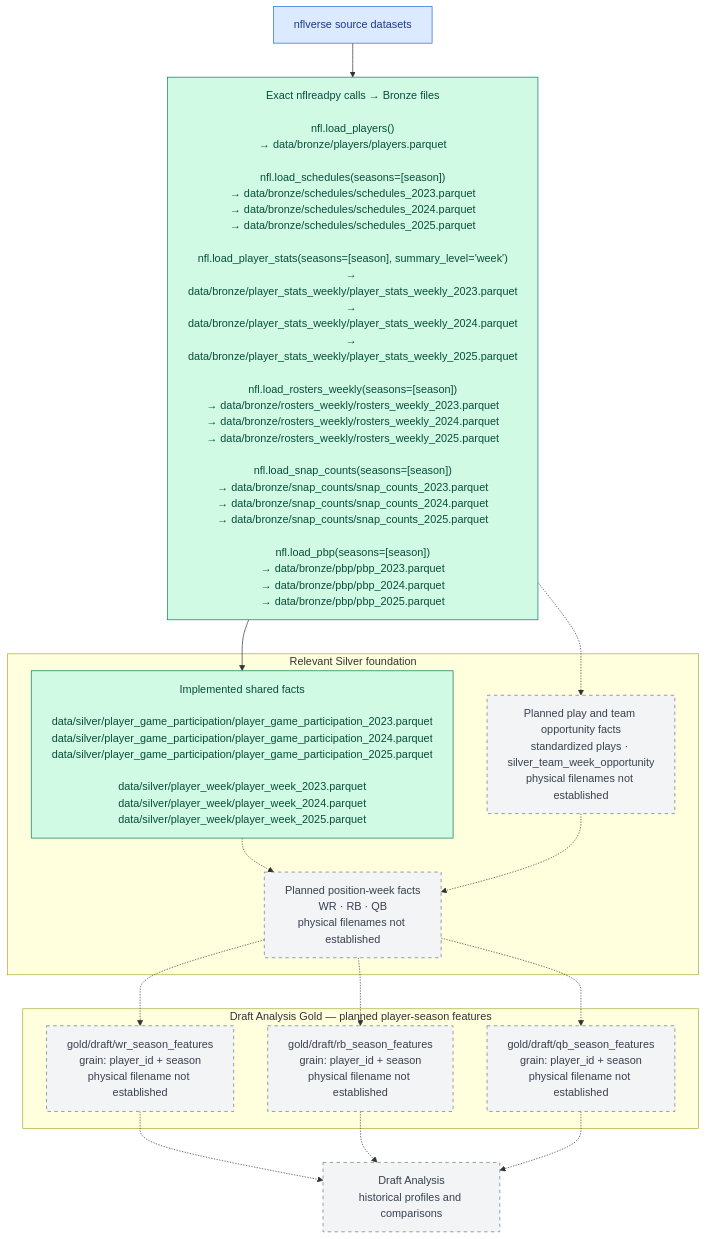
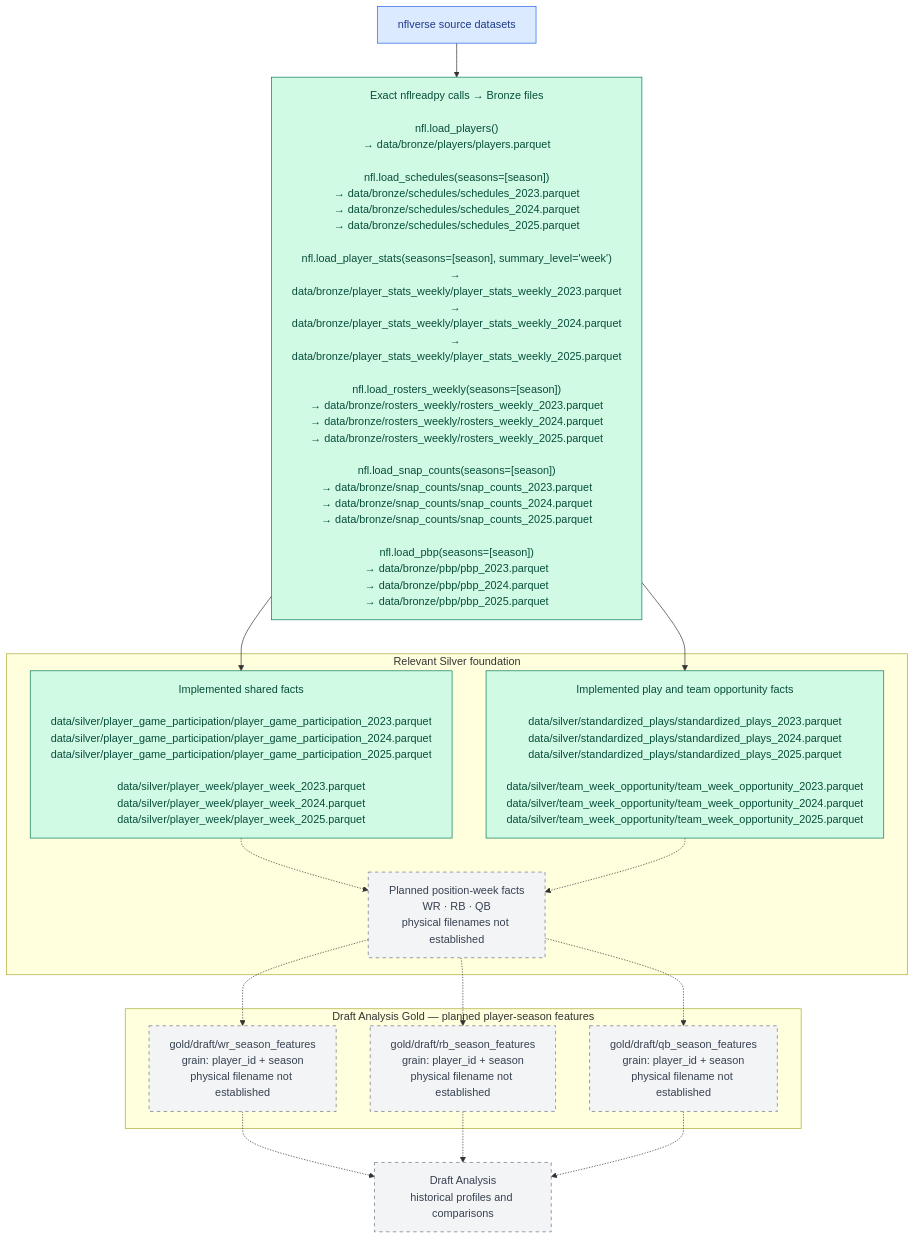
Before and after one commit to ddarby15/nfl-dream-lab-app: the second of 4 diagrams in docs/data-lineage-by-gold-product.md, drawn with Mermaid. The commit also changed other lines of this file and 2 other files, not shown here.

Commit message:
create silver plays and team week opportunities notebook

````diff
--- a/docs/data-lineage-by-gold-product.md
+++ b/docs/data-lineage-by-gold-product.md
@@ -59,38 +62,38 @@
 ```mermaid
 flowchart TB
     SOURCE["nflverse source datasets"]
     B_FILES["Exact nflreadpy calls → Bronze files<br/><br/>nfl.load_players()<br/>→ data/bronze/players/players.parquet<br/><br/>nfl.load_schedules(seasons=[season])<br/>→ data/bronze/schedules/schedules_2023.parquet<br/>→ data/bronze/schedules/schedules_2024.parquet<br/>→ data/bronze/schedules/schedules_2025.parquet<br/><br/>nfl.load_player_stats(seasons=[season], summary_level='week')<br/>→ data/bronze/player_stats_weekly/player_stats_weekly_2023.parquet<br/>→ data/bronze/player_stats_weekly/player_stats_weekly_2024.parquet<br/>→ data/bronze/player_stats_weekly/player_stats_weekly_2025.parquet<br/><br/>nfl.load_rosters_weekly(seasons=[season])<br/>→ data/bronze/rosters_weekly/rosters_weekly_2023.parquet<br/>→ data/bronze/rosters_weekly/rosters_weekly_2024.parquet<br/>→ data/bronze/rosters_weekly/rosters_weekly_2025.parquet<br/><br/>nfl.load_snap_counts(seasons=[season])<br/>→ data/bronze/snap_counts/snap_counts_2023.parquet<br/>→ data/bronze/snap_counts/snap_counts_2024.parquet<br/>→ data/bronze/snap_counts/snap_counts_2025.parquet<br/><br/>nfl.load_pbp(seasons=[season])<br/>→ data/bronze/pbp/pbp_2023.parquet<br/>→ data/bronze/pbp/pbp_2024.parquet<br/>→ data/bronze/pbp/pbp_2025.parquet"]
 
     subgraph Silver["Relevant Silver foundation"]
         S_SHARED["Implemented shared facts<br/><br/>data/silver/player_game_participation/player_game_participation_2023.parquet<br/>data/silver/player_game_participation/player_game_participation_2024.parquet<br/>data/silver/player_game_participation/player_game_participation_2025.parquet<br/><br/>data/silver/player_week/player_week_2023.parquet<br/>data/silver/player_week/player_week_2024.parquet<br/>data/silver/player_week/player_week_2025.parquet"]
-        S_OPPORTUNITY["Planned play and team opportunity facts<br/>standardized plays · silver_team_week_opportunity<br/>physical filenames not established"]
+        S_OPPORTUNITY["Implemented play and team opportunity facts<br/><br/>data/silver/standardized_plays/standardized_plays_2023.parquet<br/>data/silver/standardized_plays/standardized_plays_2024.parquet<br/>data/silver/standardized_plays/standardized_plays_2025.parquet<br/><br/>data/silver/team_week_opportunity/team_week_opportunity_2023.parquet<br/>data/silver/team_week_opportunity/team_week_opportunity_2024.parquet<br/>data/silver/team_week_opportunity/team_week_opportunity_2025.parquet"]
         S_POSITION["Planned position-week facts<br/>WR · RB · QB<br/>physical filenames not established"]
     end
 
     subgraph DraftGold["Draft Analysis Gold — planned player-season features"]
         G_WR["gold/draft/wr_season_features<br/>grain: player_id + season<br/>physical filename not established"]
         G_RB["gold/draft/rb_season_features<br/>grain: player_id + season<br/>physical filename not established"]
         G_QB["gold/draft/qb_season_features<br/>grain: player_id + season<br/>physical filename not established"]
     end
 
     DRAFT["Draft Analysis<br/>historical profiles and comparisons"]
 
     SOURCE --> B_FILES --> S_SHARED
-    B_FILES -.-> S_OPPORTUNITY
+    B_FILES --> S_OPPORTUNITY
     S_SHARED -.-> S_POSITION
     S_OPPORTUNITY -.-> S_POSITION
     S_POSITION -.-> G_WR
     S_POSITION -.-> G_RB
     S_POSITION -.-> G_QB
     G_WR -.-> DRAFT
     G_RB -.-> DRAFT
     G_QB -.-> DRAFT
 
     classDef source fill:#dbeafe,stroke:#2563eb,color:#1e3a8a;
     classDef built fill:#d1fae5,stroke:#047857,color:#064e3b;
     classDef planned fill:#f3f4f6,stroke:#6b7280,color:#374151,stroke-dasharray:5 5;
 
     class SOURCE source;
-    class B_FILES,S_SHARED built;
-    class S_OPPORTUNITY,S_POSITION,G_WR,G_RB,G_QB,DRAFT planned;
+    class B_FILES,S_SHARED,S_OPPORTUNITY built;
+    class S_POSITION,G_WR,G_RB,G_QB,DRAFT planned;
 ```
````
